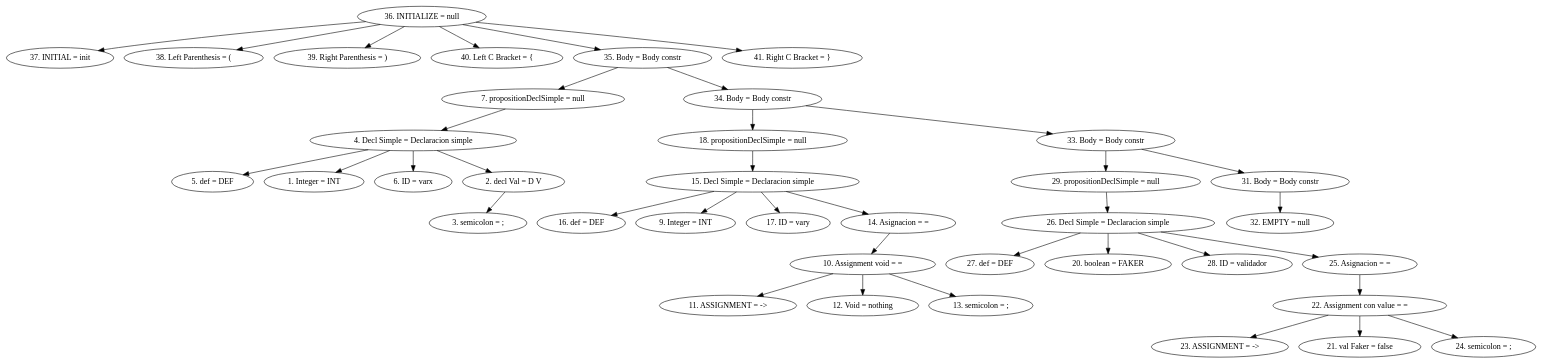
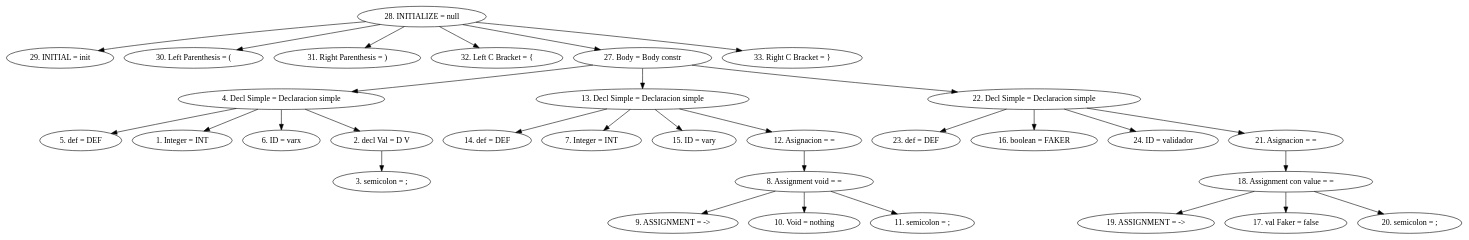
One commit to ErickCarrasco/ProyectoCompiladores changed the diagram in Proyecto/NotExactlyRuby/AbstractSyntaxTree.dot. Above: the diagram before and after it, drawn with Graphviz. The commit also changed 3 other files, not shown here.

```diff
--- a/Proyecto/NotExactlyRuby/AbstractSyntaxTree.dot
+++ b/Proyecto/NotExactlyRuby/AbstractSyntaxTree.dot
@@ -1,41 +1,34 @@
 digraph G {
-"36. INITIALIZE = null"->"37. INITIAL = init"
-"36. INITIALIZE = null"->"38. Left Parenthesis = ("
-"36. INITIALIZE = null"->"39. Right Parenthesis = )"
-"36. INITIALIZE = null"->"40. Left C Bracket = {"
-"36. INITIALIZE = null"->"35. Body = Body constr"
-"35. Body = Body constr"->"7. propositionDeclSimple = null"
-"7. propositionDeclSimple = null"->"4. Decl Simple = Declaracion simple"
+"28. INITIALIZE = null"->"29. INITIAL = init"
+"28. INITIALIZE = null"->"30. Left Parenthesis = ("
+"28. INITIALIZE = null"->"31. Right Parenthesis = )"
+"28. INITIALIZE = null"->"32. Left C Bracket = {"
+"28. INITIALIZE = null"->"27. Body = Body constr"
+"27. Body = Body constr"->"4. Decl Simple = Declaracion simple"
 "4. Decl Simple = Declaracion simple"->"5. def = DEF"
 "4. Decl Simple = Declaracion simple"->"1. Integer = INT"
 "4. Decl Simple = Declaracion simple"->"6. ID = varx"
 "4. Decl Simple = Declaracion simple"->"2. decl Val = D V"
 "2. decl Val = D V"->"3. semicolon = ;"
-"35. Body = Body constr"->"34. Body = Body constr"
-"34. Body = Body constr"->"18. propositionDeclSimple = null"
-"18. propositionDeclSimple = null"->"15. Decl Simple = Declaracion simple"
-"15. Decl Simple = Declaracion simple"->"16. def = DEF"
-"15. Decl Simple = Declaracion simple"->"9. Integer = INT"
-"15. Decl Simple = Declaracion simple"->"17. ID = vary"
-"15. Decl Simple = Declaracion simple"->"14. Asignacion = ="
-"14. Asignacion = ="->"10. Assignment void = ="
-"10. Assignment void = ="->"11. ASSIGNMENT = ->"
-"10. Assignment void = ="->"12. Void = nothing"
-"10. Assignment void = ="->"13. semicolon = ;"
-"34. Body = Body constr"->"33. Body = Body constr"
-"33. Body = Body constr"->"29. propositionDeclSimple = null"
-"29. propositionDeclSimple = null"->"26. Decl Simple = Declaracion simple"
-"26. Decl Simple = Declaracion simple"->"27. def = DEF"
-"26. Decl Simple = Declaracion simple"->"20. boolean = FAKER"
-"26. Decl Simple = Declaracion simple"->"28. ID = validador"
-"26. Decl Simple = Declaracion simple"->"25. Asignacion = ="
-"25. Asignacion = ="->"22. Assignment con value = ="
-"22. Assignment con value = ="->"23. ASSIGNMENT = ->"
-"22. Assignment con value = ="->"21. val Faker = false"
-"22. Assignment con value = ="->"24. semicolon = ;"
-"33. Body = Body constr"->"31. Body = Body constr"
-"31. Body = Body constr"->"32. EMPTY = null"
-"36. INITIALIZE = null"->"41. Right C Bracket = }"
+"27. Body = Body constr"->"13. Decl Simple = Declaracion simple"
+"13. Decl Simple = Declaracion simple"->"14. def = DEF"
+"13. Decl Simple = Declaracion simple"->"7. Integer = INT"
+"13. Decl Simple = Declaracion simple"->"15. ID = vary"
+"13. Decl Simple = Declaracion simple"->"12. Asignacion = ="
+"12. Asignacion = ="->"8. Assignment void = ="
+"8. Assignment void = ="->"9. ASSIGNMENT = ->"
+"8. Assignment void = ="->"10. Void = nothing"
+"8. Assignment void = ="->"11. semicolon = ;"
+"27. Body = Body constr"->"22. Decl Simple = Declaracion simple"
+"22. Decl Simple = Declaracion simple"->"23. def = DEF"
+"22. Decl Simple = Declaracion simple"->"16. boolean = FAKER"
+"22. Decl Simple = Declaracion simple"->"24. ID = validador"
+"22. Decl Simple = Declaracion simple"->"21. Asignacion = ="
+"21. Asignacion = ="->"18. Assignment con value = ="
+"18. Assignment con value = ="->"19. ASSIGNMENT = ->"
+"18. Assignment con value = ="->"17. val Faker = false"
+"18. Assignment con value = ="->"20. semicolon = ;"
+"28. INITIALIZE = null"->"33. Right C Bracket = }"
 
 
 }
```
